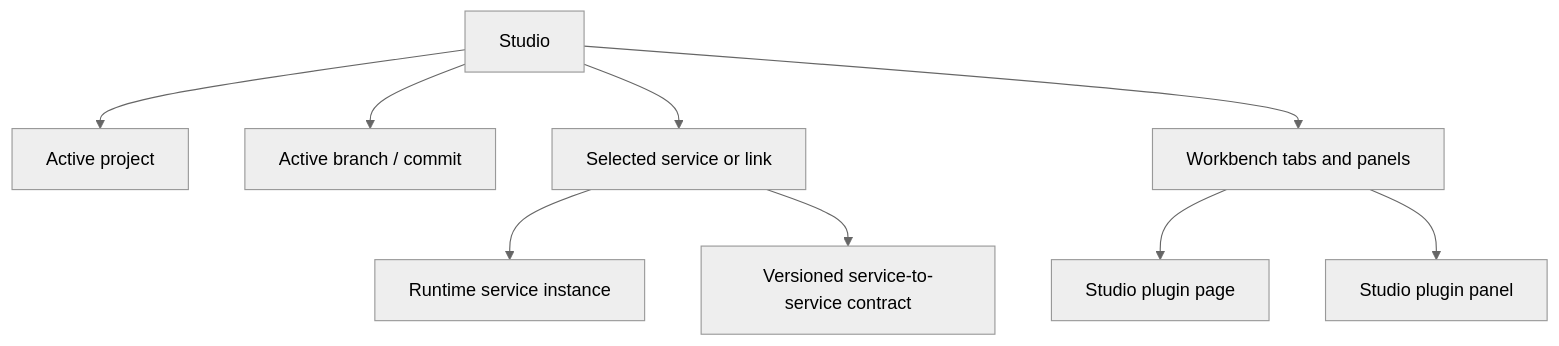
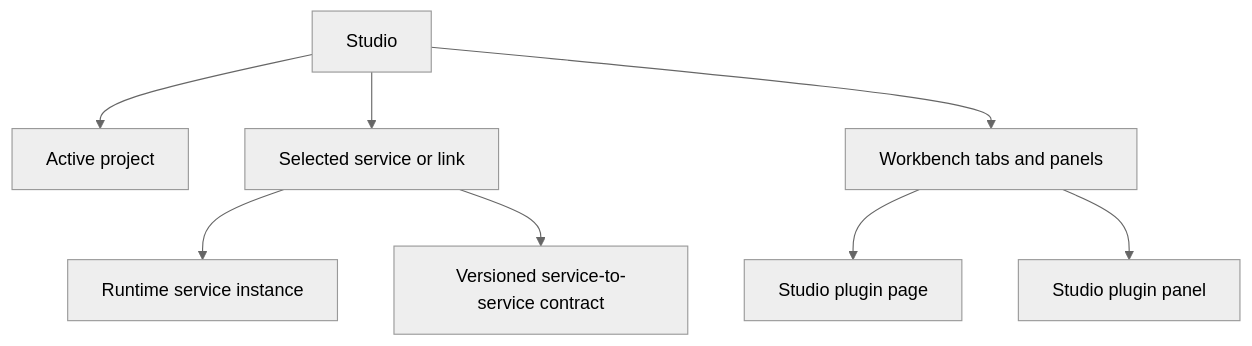
The diagram in docs/product-model.md (Liapoldus/studio), drawn with Mermaid (neutral theme) before and after one commit. The commit also changed other lines of this file and 79 other files, not shown here.

````diff
--- a/docs/product-model.md
+++ b/docs/product-model.md
@@ -55,11 +50,10 @@
 ```mermaid
 flowchart TD
     S["Studio"] --> P["Active project"]
-    S --> C["Active branch / commit"]
     S --> O["Selected service or link"]
     S --> T["Workbench tabs and panels"]
     O --> N["Runtime service instance"]
     O --> L["Versioned service-to-service contract"]
     T --> SP["Studio plugin page"]
     T --> DP["Studio plugin panel"]
 ```
````
